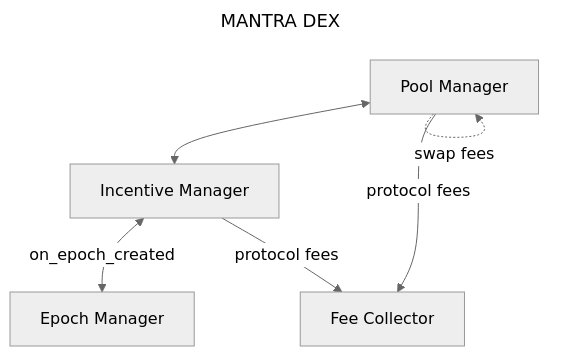
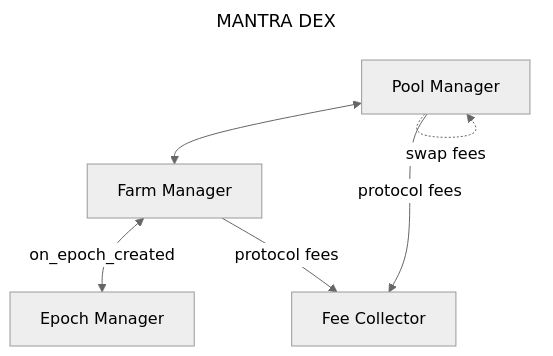
The diagram in README.md (MANTRA-Chain/mantra-dex), drawn with Mermaid (neutral theme) before and after one commit. The commit also changed other lines of this file and 52 other files, not shown here.

````diff
--- a/README.md
+++ b/README.md
@@ -20,16 +20,16 @@
 ```mermaid
 ---
 title: MANTRA DEX
 ---
 flowchart
-  P[Pool Manager] <--> I[Incentive Manager]
+  P[Pool Manager] <--> I[Farm Manager]
   P -.->|swap fees| P
   P -->|protocol fees| F[Fee Collector]
   I <-->|on_epoch_created| E[Epoch Manager]
   I -->|protocol fees| F
 
   click P "https://github.com/MANTRA-Finance/MANTRA-dex/tree/main/contracts/pool-manager" "Pool Manager"
-  click I "https://github.com/MANTRA-Finance/MANTRA-dex/tree/main/contracts/incentive-manager" "Incentive Manager"
+  click I "https://github.com/MANTRA-Finance/MANTRA-dex/tree/main/contracts/farm-manager" "Farm Manager"
   click E "https://github.com/MANTRA-Finance/MANTRA-dex/tree/main/contracts/epoch-manager" "Epoch Manager"
   click F "https://github.com/MANTRA-Finance/MANTRA-dex/tree/main/contracts/fee-collector" "Fee Collector"
 ```
````
